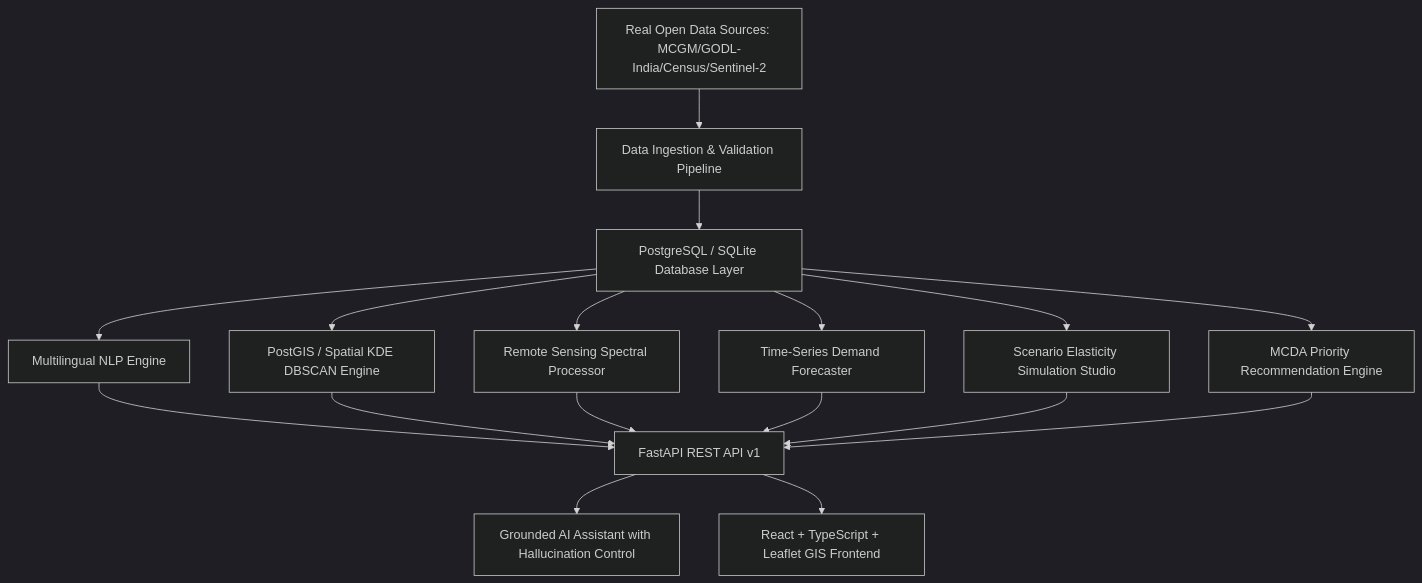
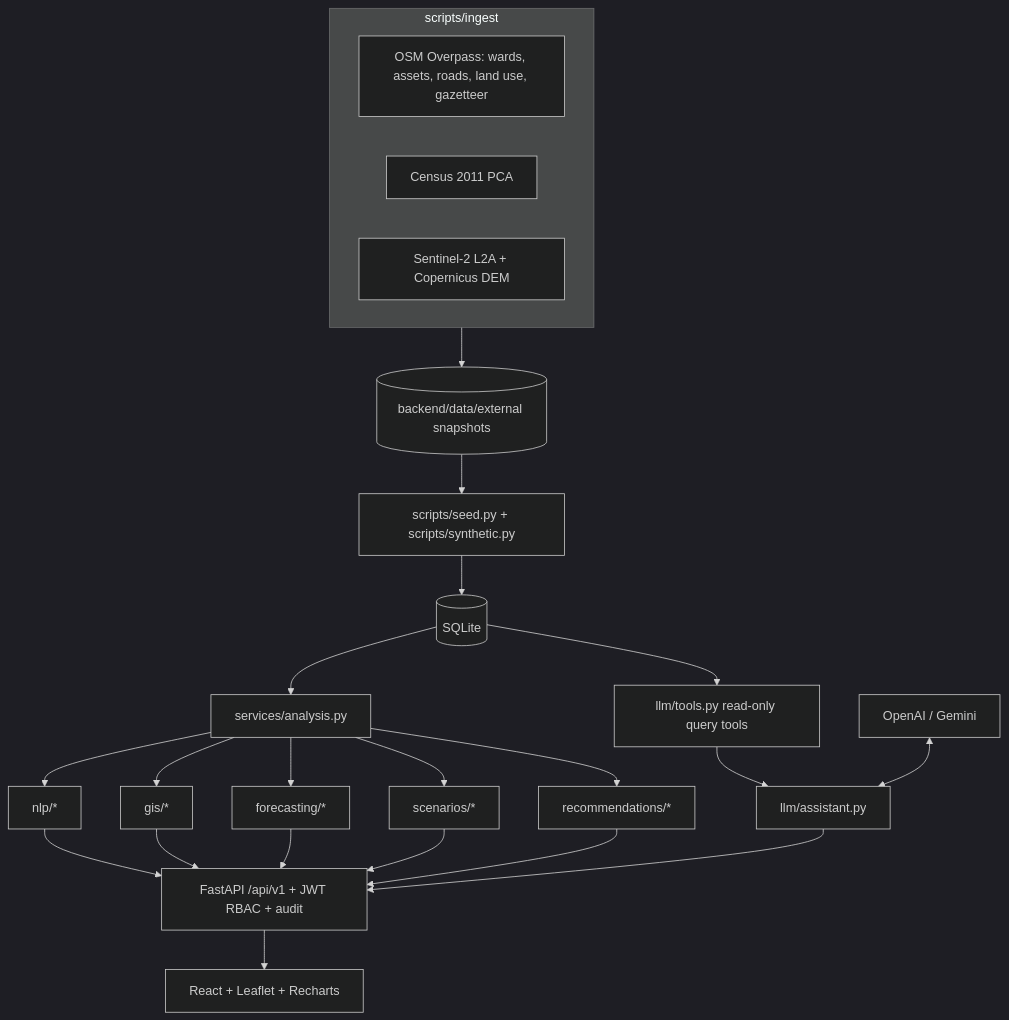
Before and after one commit to Shubhashri08/nlp_cep: the diagram in docs/architecture.md, drawn with Mermaid (dark theme). The commit also changed other lines of this file and 142 other files, not shown here.

````diff
--- a/docs/architecture.md
+++ b/docs/architecture.md
@@ -5,22 +3,18 @@
 ```mermaid
 graph TD
-    A[Real Open Data Sources: MCGM/GODL-India/Census/Sentinel-2] --> B[Data Ingestion & Validation Pipeline]
-    B --> C[PostgreSQL / SQLite Database Layer]
-    
-    C --> D1[Multilingual NLP Engine]
-    C --> D2[PostGIS / Spatial KDE DBSCAN Engine]
-    C --> D3[Remote Sensing Spectral Processor]
-    C --> D4[Time-Series Demand Forecaster]
-    C --> D5[Scenario Elasticity Simulation Studio]
-    C --> D6[MCDA Priority Recommendation Engine]
-    
-    D1 --> E[FastAPI REST API v1]
-    D2 --> E
-    D3 --> E
-    D4 --> E
-    D5 --> E
-    D6 --> E
-    
-    E --> F[Grounded AI Assistant with Hallucination Control]
-    E --> G[React + TypeScript + Leaflet GIS Frontend]
+    subgraph Ingestion [scripts/ingest]
+      OSM[OSM Overpass: wards, assets, roads, land use, gazetteer]
+      CEN[Census 2011 PCA]
+      S2[Sentinel-2 L2A + Copernicus DEM]
+    end
+    Ingestion --> EXT[(backend/data/external snapshots)]
+    EXT --> SEED[scripts/seed.py + scripts/synthetic.py]
+    SEED --> DB[(SQLite)]
+    DB --> SVC[services/analysis.py]
+    SVC --> NLP[nlp/*] & GIS[gis/*] & FC[forecasting/*] & SC[scenarios/*] & REC[recommendations/*]
+    DB --> TOOLS[llm/tools.py read-only query tools]
+    TOOLS --> ASSIST[llm/assistant.py]
+    LLM[OpenAI / Gemini] <--> ASSIST
+    NLP & GIS & FC & SC & REC & ASSIST --> API[FastAPI /api/v1 + JWT RBAC + audit]
+    API --> UI[React + Leaflet + Recharts]
 ```
````
